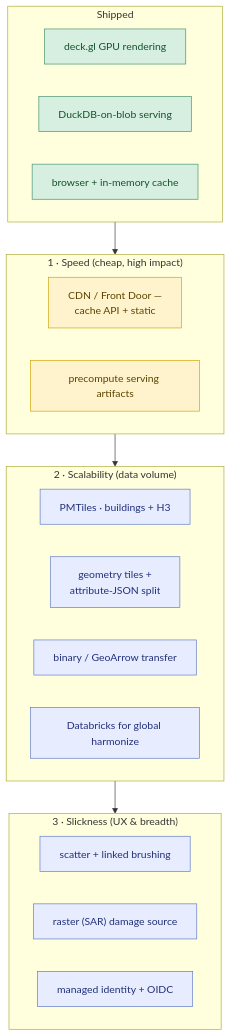
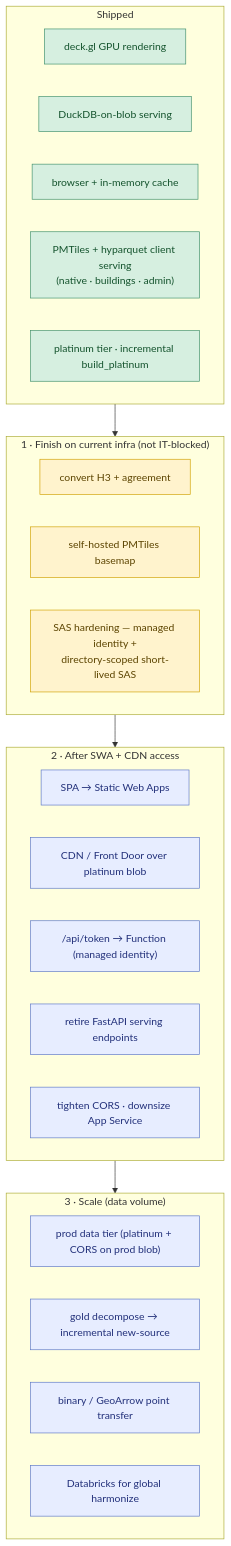
Before and after one commit to OCHA-DAP/ds-geospatial-impact-estimates: the diagram in docs/roadmap.md, drawn with Mermaid. The commit also changed other lines of this file and 2 other files, not shown here.

First line of the commit message:
docs: ADR-0011 + architecture + roadmap for v2 client-side serving

````diff
--- a/docs/roadmap.md
+++ b/docs/roadmap.md
@@ -8,32 +9,37 @@
 ```mermaid
 flowchart TB
     classDef done fill:#d6efe0,stroke:#3e8f6b,color:#14532d
     classDef next fill:#fff3cd,stroke:#d0a000,color:#5c4400
     classDef later fill:#e7edff,stroke:#5b76c7,color:#22307a
 
     subgraph now["Shipped"]
         a1["deck.gl GPU rendering"]:::done
         a2["DuckDB-on-blob serving"]:::done
         a3["browser + in-memory cache"]:::done
+        a4["PMTiles + hyparquet client serving<br/>(native · buildings · admin)"]:::done
+        a5["platinum tier · incremental build_platinum"]:::done
     end
 
-    subgraph speed["1 · Speed (cheap, high impact)"]
-        b1["CDN / Front Door —<br/>cache API + static"]:::next
-        b2["precompute serving artifacts"]:::next
+    subgraph nowinfra["1 · Finish on current infra (not IT-blocked)"]
+        b1["convert H3 + agreement"]:::next
+        b2["self-hosted PMTiles basemap"]:::next
+        b3["SAS hardening — managed identity +<br/>directory-scoped short-lived SAS"]:::next
     end
 
-    subgraph scale["2 · Scalability (data volume)"]
-        c1["PMTiles · buildings + H3"]:::later
-        c2["geometry tiles +<br/>attribute-JSON split"]:::later
-        c3["binary / GeoArrow transfer"]:::later
-        c4["Databricks for global harmonize"]:::later
+    subgraph swa["2 · After SWA + CDN access"]
+        c1["SPA → Static Web Apps"]:::later
+        c2["CDN / Front Door over platinum blob"]:::later
+        c3["/api/token → Function (managed identity)"]:::later
+        c4["retire FastAPI serving endpoints"]:::later
+        c5["tighten CORS · downsize App Service"]:::later
     end
 
-    subgraph slick["3 · Slickness (UX & breadth)"]
-        d1["scatter + linked brushing"]:::later
-        d2["raster (SAR) damage source"]:::later
-        d3["managed identity + OIDC"]:::later
+    subgraph scale["3 · Scale (data volume)"]
+        d1["prod data tier (platinum + CORS on prod blob)"]:::later
+        d2["gold decompose → incremental new-source"]:::later
+        d3["binary / GeoArrow point transfer"]:::later
+        d4["Databricks for global harmonize"]:::later
     end
 
-    now --> speed --> scale --> slick
+    now --> nowinfra --> swa --> scale
 ```
````
